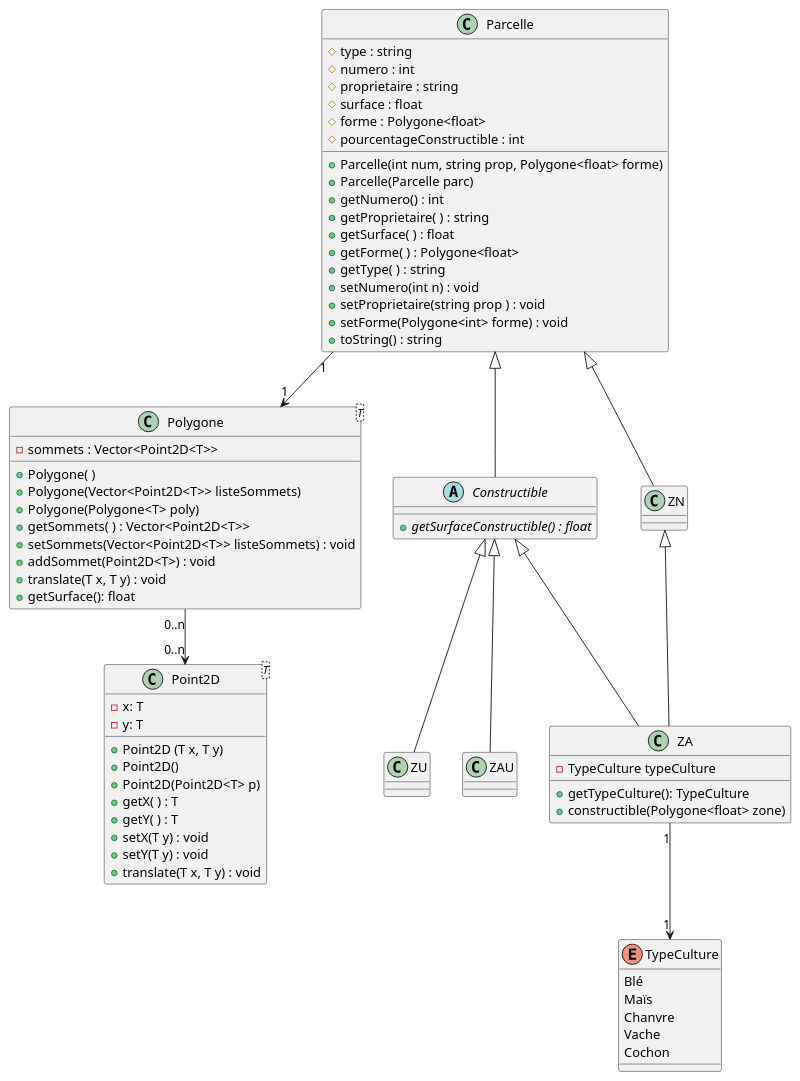
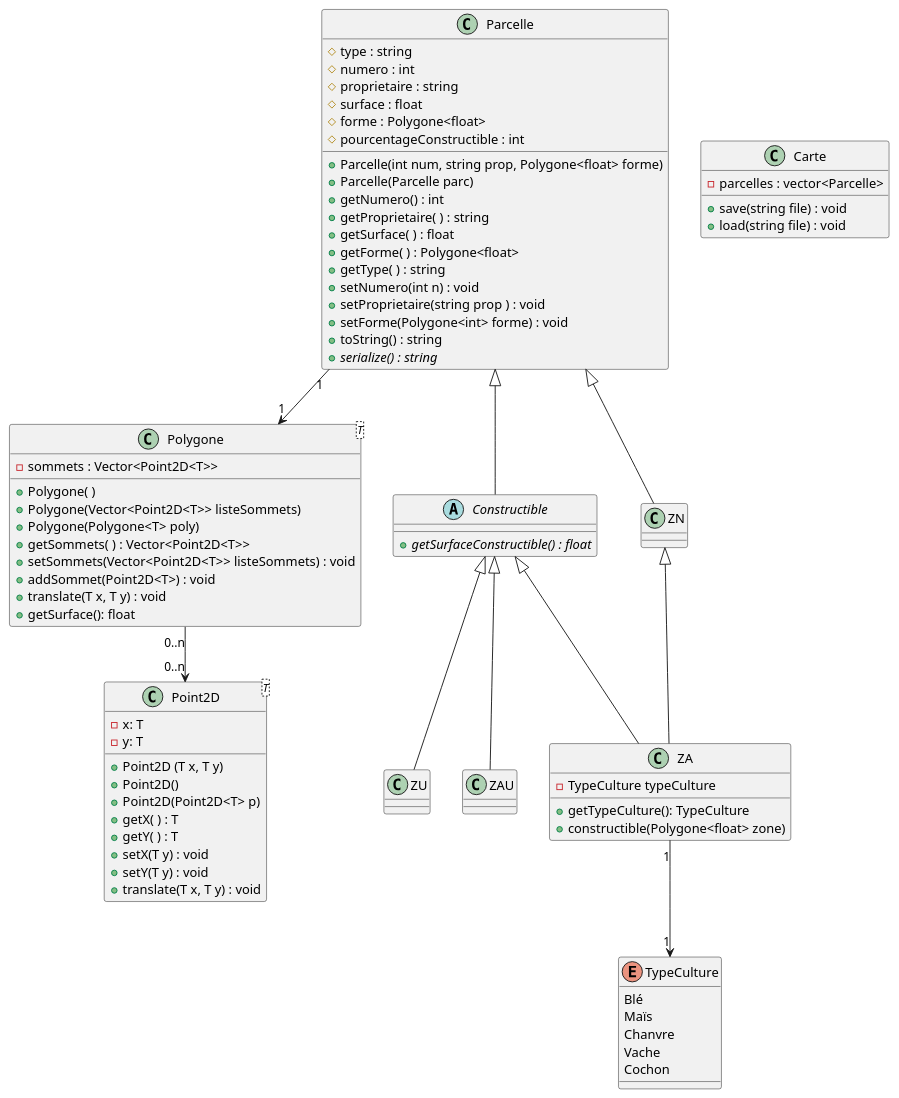
The diagram in doc/ClassDiagram.puml (ECN-SEC-SMP/tp4-not-damien_simon_titouan_louis), drawn with PlantUML before and after one commit.

Commit message:
[Doc] Add Carte class

```diff
--- a/doc/ClassDiagram.puml
+++ b/doc/ClassDiagram.puml
@@ -1,85 +1,92 @@
 @startuml Class Diagram
 
 class Point2D <T> {
     - x: T
     - y: T
 
     + Point2D (T x, T y)
     + Point2D()
     + Point2D(Point2D<T> p)
     + getX( ) : T
     + getY( ) : T
     + setX(T y) : void
     + setY(T y) : void
     + translate(T x, T y) : void
 }
 
 class Polygone <T> {
     - sommets : Vector<Point2D<T>>
 
     + Polygone( )
     + Polygone(Vector<Point2D<T>> listeSommets)
     + Polygone(Polygone<T> poly)
     + getSommets( ) : Vector<Point2D<T>>
     + setSommets(Vector<Point2D<T>> listeSommets) : void
     + addSommet(Point2D<T>) : void
     + translate(T x, T y) : void
     + getSurface(): float
 }
 
 
 class Parcelle {
     # type : string
     # numero : int
     # proprietaire : string
     # surface : float
     # forme : Polygone<float>
     # pourcentageConstructible : int
 
     + Parcelle(int num, string prop, Polygone<float> forme)
     + Parcelle(Parcelle parc)
     + getNumero() : int
     + getProprietaire( ) : string
     + getSurface( ) : float
     + getForme( ) : Polygone<float>
     + getType( ) : string
     + setNumero(int n) : void
     + setProprietaire(string prop ) : void
     + setForme(Polygone<int> forme) : void
     + toString() : string
+    {abstract} + serialize() : string
 }
 
 abstract class Constructible extends Parcelle {
     {abstract} + getSurfaceConstructible() : float
 }
 
 class ZU extends Constructible {}
 
 class ZAU extends Constructible {}
 
 class ZN extends Parcelle {}
 
 class ZA extends ZN, Constructible {
     - TypeCulture typeCulture
     + getTypeCulture(): TypeCulture
     + constructible(Polygone<float> zone)
 }
 
 enum TypeCulture {
     Blé
     Maïs
     Chanvre
     Vache
     Cochon
 }
 
 
+class Carte {
+    - parcelles : vector<Parcelle>
+    + save(string file) : void
+    + load(string file) : void
+}
+
 
 Polygone "0..n" --> "0..n" Point2D
 Parcelle "1" --> "1" Polygone
 
 ZA "1" --> "1" TypeCulture
 
 
 
 @enduml
```
